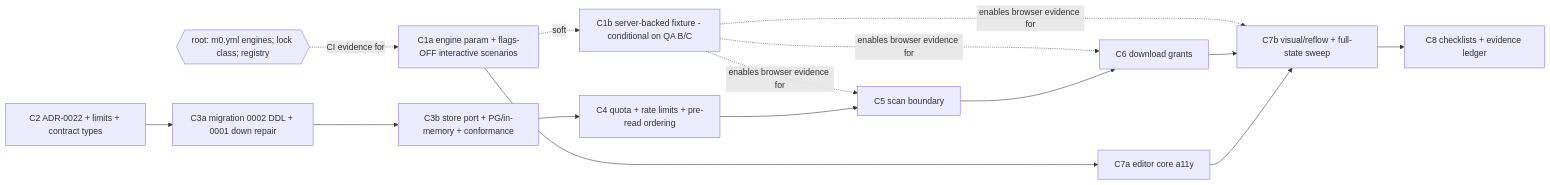
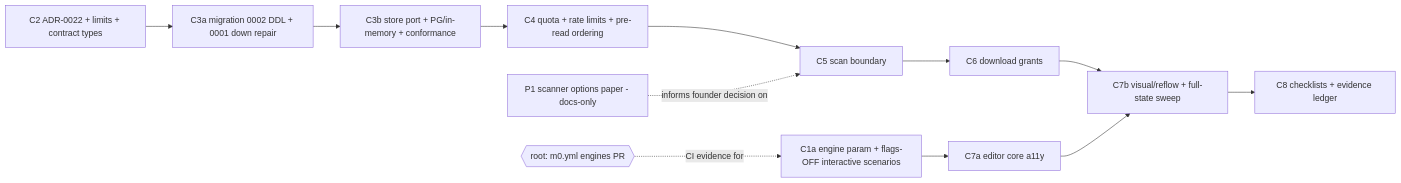
One commit to TheCrimsonMarket/vynvori changed the diagram in docs/implementation/M3-Closure-Plan.md. Above: the diagram before and after it, drawn with Mermaid. The commit also changed other lines of this file, not shown here.

First line of the commit message:
docs(m3): closure plan rev 3 - founder rulings relayed by root

````diff
--- a/docs/implementation/M3-Closure-Plan.md
+++ b/docs/implementation/M3-Closure-Plan.md
@@ -145,15 +190,14 @@
 ```mermaid
 flowchart LR
  C1a[C1a engine param + flags-OFF interactive scenarios] --> C7a
- C1a -.soft.-> C1b[C1b server-backed fixture - conditional on QA B/C]
- C1b -.enables browser evidence for.-> C5 & C6 & C7b
  C2[C2 ADR-0022 + limits + contract types] --> C3a[C3a migration 0002 DDL + 0001 down repair]
  C3a --> C3b[C3b store port + PG/in-memory + conformance]
  C3b --> C4[C4 quota + rate limits + pre-read ordering]
  C4 --> C5[C5 scan boundary]
  C5 --> C6[C6 download grants]
  C6 --> C7b[C7b visual/reflow + full-state sweep]
  C7a[C7a editor core a11y] --> C7b
  C7b --> C8[C8 checklists + evidence ledger]
- RR{{root: m0.yml engines; lock class; registry}} -.CI evidence for.-> C1a
+ RR{{root: m0.yml engines PR}} -.CI evidence for.-> C1a
+ P1[P1 scanner options paper - docs-only] -.informs founder decision on.-> C5
 ```
````
